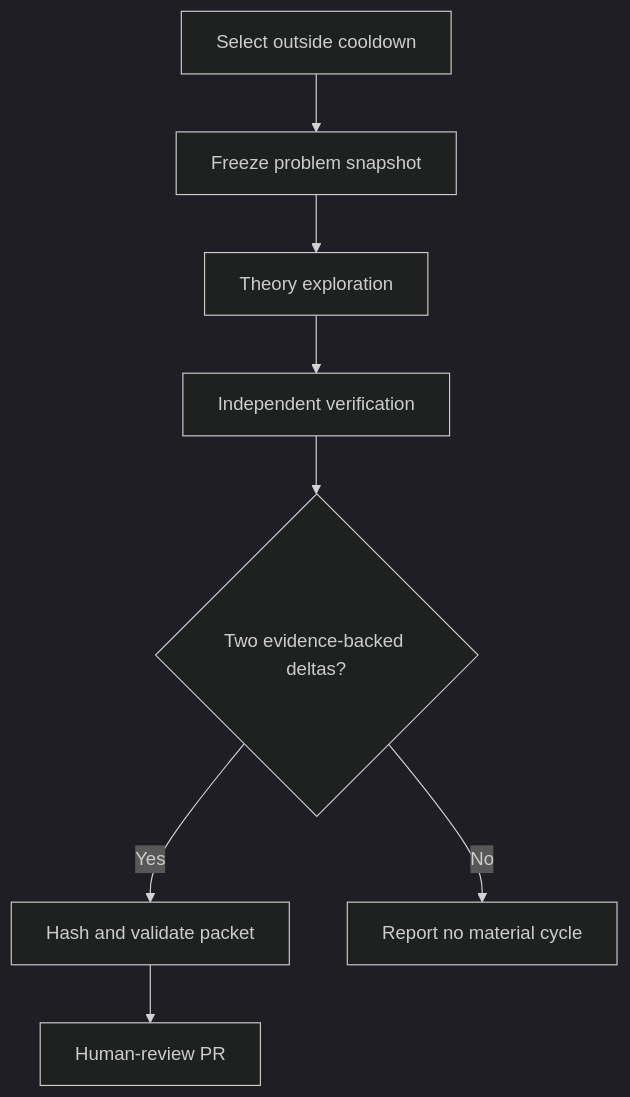
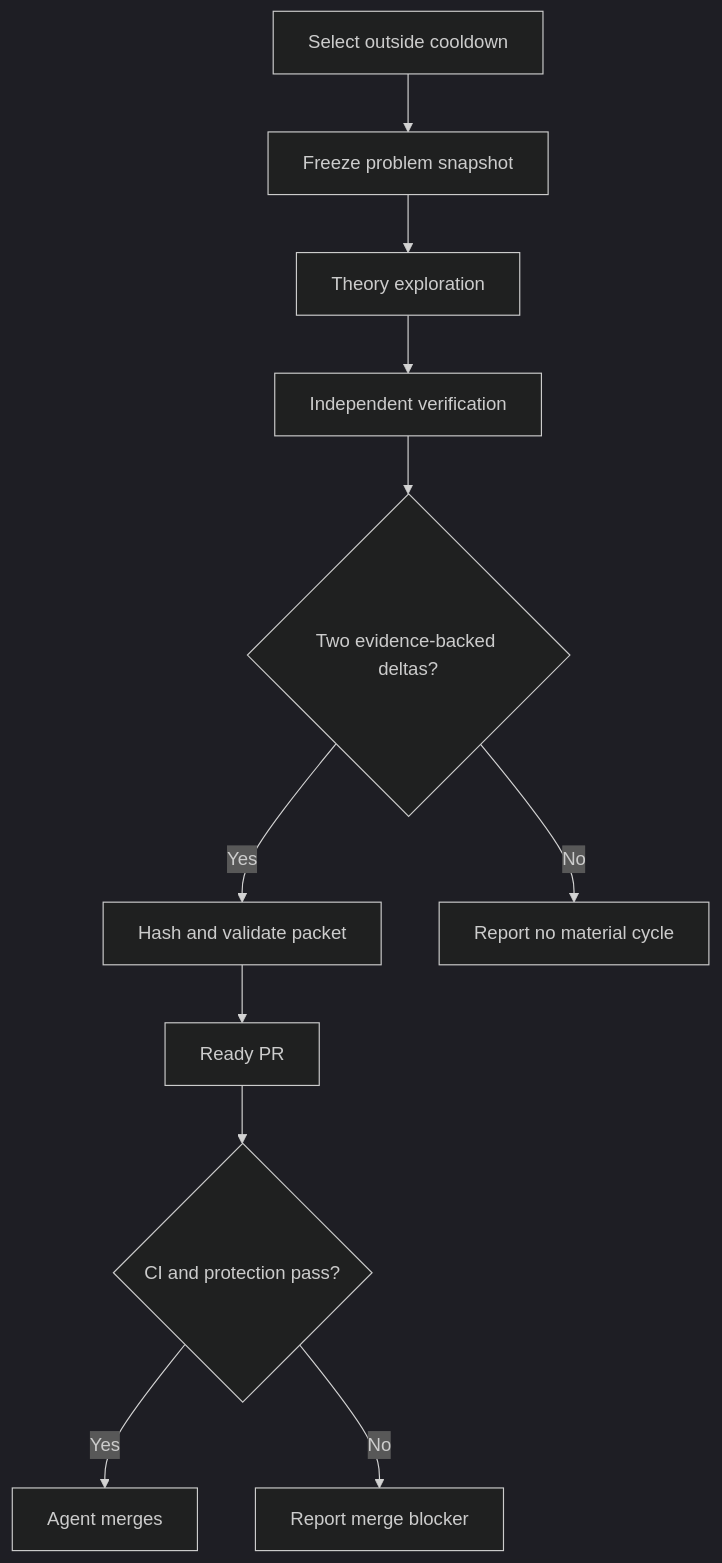
One commit to Svyable/unsolved-math changed the diagram in docs/hourly-loop.md. Above: the diagram before and after it, drawn with Mermaid (dark theme). The commit also changed other lines of this file and 11 other files, not shown here.

````diff
--- a/docs/hourly-loop.md
+++ b/docs/hourly-loop.md
@@ -10,10 +10,13 @@
 ```mermaid
 flowchart TD
     A["Select outside cooldown"] --> B["Freeze problem snapshot"]
     B --> C["Theory exploration"]
     C --> D["Independent verification"]
     D --> E{"Two evidence-backed deltas?"}
     E -- Yes --> F["Hash and validate packet"]
     E -- No --> G["Report no material cycle"]
-    F --> H["Human-review PR"]
+    F --> H["Ready PR"]
+    H --> I{"CI and protection pass?"}
+    I -- Yes --> J["Agent merges"]
+    I -- No --> K["Report merge blocker"]
 ```
````
